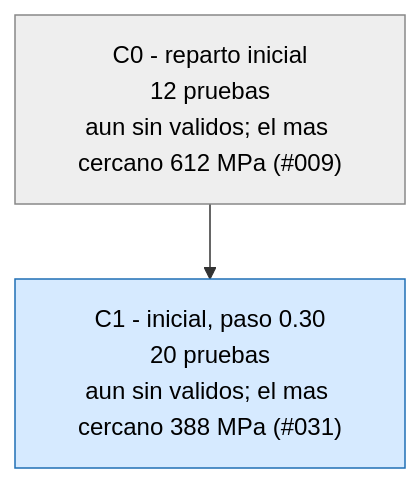
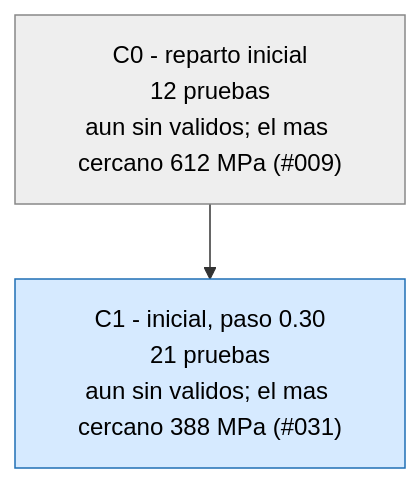
One commit to Hugiko/msd-soporte-optimizacion changed the third of 3 diagrams in runs/opt_37800N/ARBOL.md. Above: the diagram before and after it, drawn with Mermaid. The commit also changed 19 other files, not shown here.

````diff
--- a/runs/opt_37800N/ARBOL.md
+++ b/runs/opt_37800N/ARBOL.md
@@ -33,9 +33,9 @@
 ```mermaid
 graph TD
 classDef activa fill:#d6eaff,stroke:#1f6fb5,color:#000
 classDef fin fill:#eeeeee,stroke:#888,color:#000
 classDef mejor fill:#c8f0c0,stroke:#1a9850,stroke-width:4px,color:#000
 C0["C0 - reparto inicial<br/>12 pruebas<br/>aun sin validos; el mas cercano 612 MPa (#009)"]:::fin
-C1["C1 - inicial, paso 0.30<br/>20 pruebas<br/>aun sin validos; el mas cercano 388 MPa (#031)"]:::activa
+C1["C1 - inicial, paso 0.30<br/>21 pruebas<br/>aun sin validos; el mas cercano 388 MPa (#031)"]:::activa
 C0 --> C1
 ```
````
